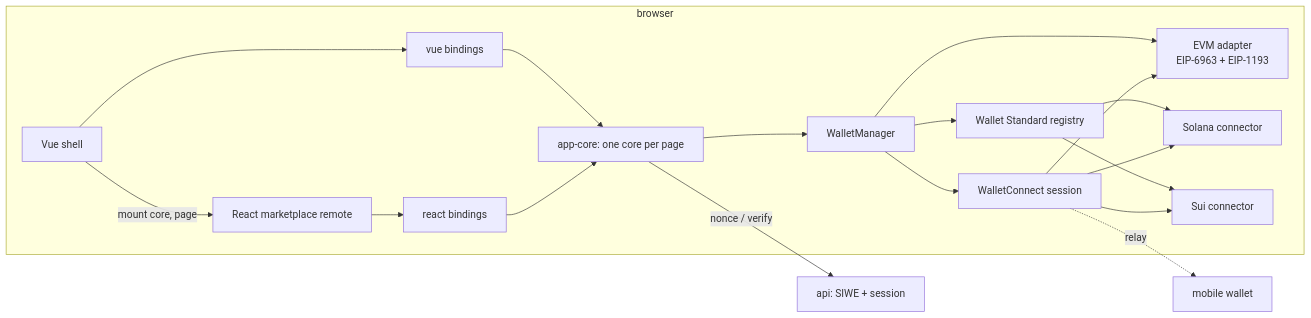
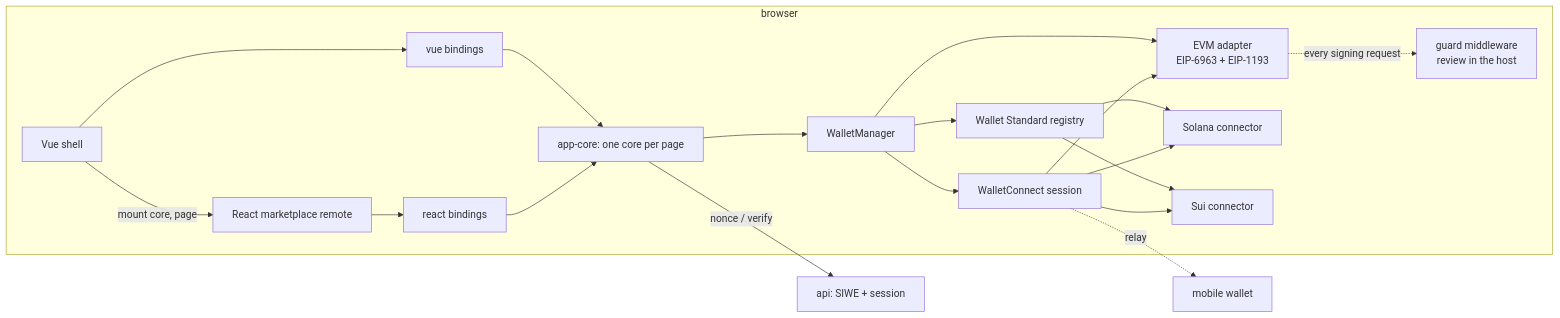
One commit to KuliyevMerdan/omnimarket changed the diagram in README.md. Above: the diagram before and after it, drawn with Mermaid. The commit also changed other lines of this file and 74 other files, not shown here.

````diff
--- a/README.md
+++ b/README.md
@@ -47,21 +57,22 @@
 ```mermaid
 flowchart LR
   subgraph browser
     SHELL[Vue shell] -- mount core, page --> REMOTE[React marketplace remote]
     SHELL --> VB[vue bindings]
     REMOTE --> RB[react bindings]
     VB --> CORE[app-core: one core per page]
     RB --> CORE
     CORE --> M[WalletManager]
     M --> EVM[EVM adapter<br/>EIP-6963 + EIP-1193]
+    EVM -. every signing request .-> GUARD[guard middleware<br/>review in the host]
     M --> WS[Wallet Standard registry]
     WS --> SOL[Solana connector]
     WS --> SUI[Sui connector]
     M --> WC[WalletConnect session]
     WC --> EVM
     WC --> SOL
     WC --> SUI
   end
   WC -. relay .-> PHONE[mobile wallet]
   CORE -- nonce / verify --> API[api: SIWE + session]
 ```
````
